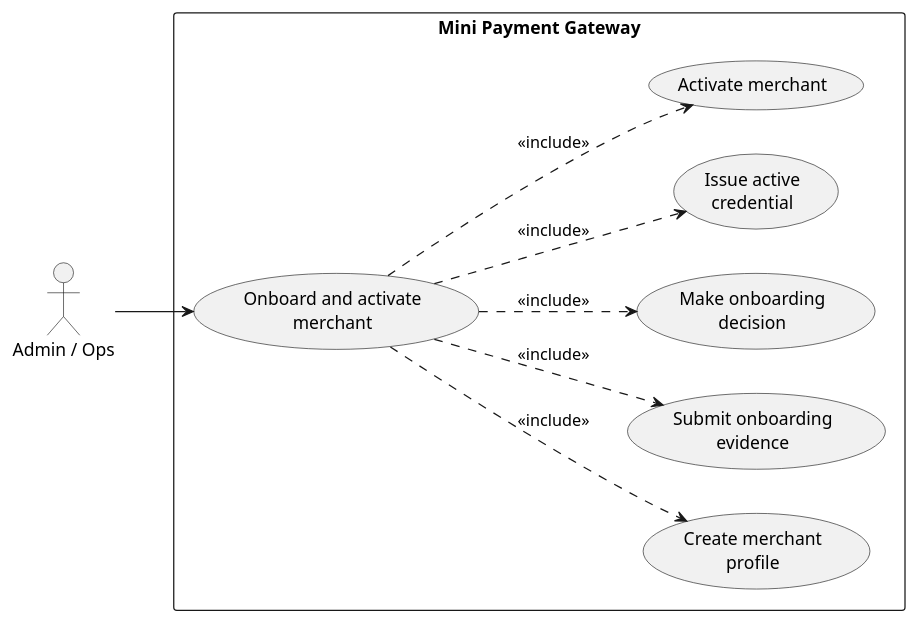
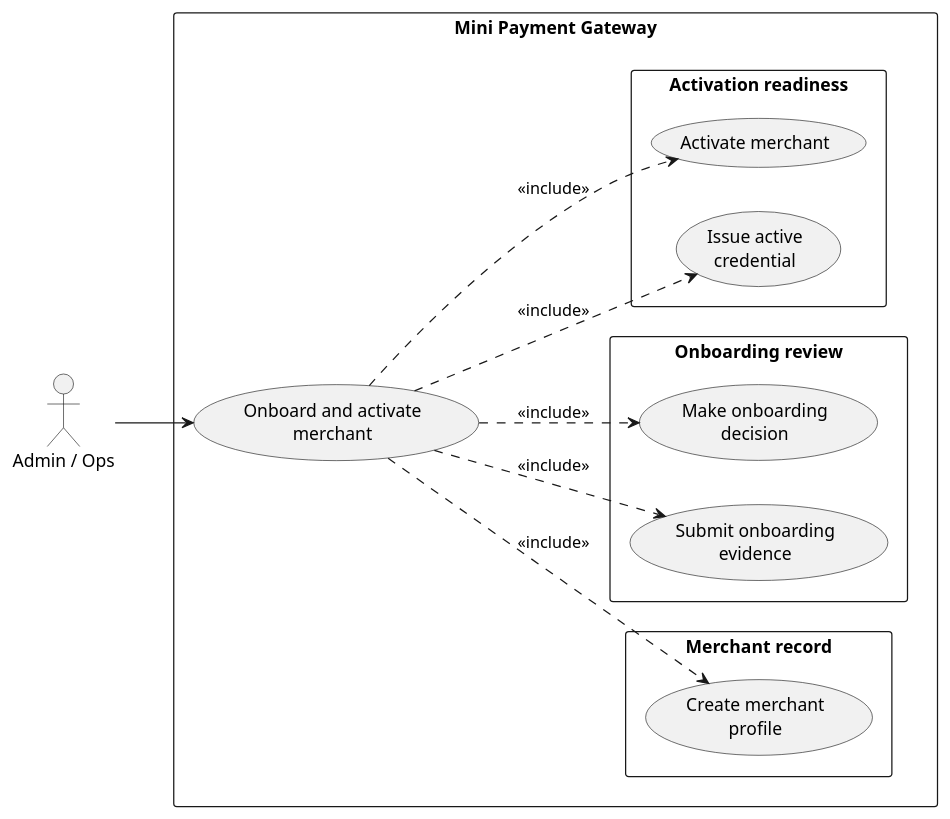
One commit to biabeogo147/mini-payment-gateway changed the second of 6 diagrams in docs/product/use-cases.md. Above: the diagram before and after it, drawn with PlantUML. The commit also changed other lines of this file, not shown here.

Commit message:
update usecase

````diff
--- a/docs/product/use-cases.md
+++ b/docs/product/use-cases.md
@@ -94,25 +102,34 @@
 ```plantuml
 @startuml uc001_onboard_and_activate_merchant
 left to right direction
 skinparam packageStyle rectangle
 
 actor "Admin / Ops" as Admin
 
 rectangle "Mini Payment Gateway" {
   usecase "Onboard and activate\nmerchant" as UC001
-  usecase "Create merchant\nprofile" as UC_CreateMerchant
-  usecase "Submit onboarding\nevidence" as UC_SubmitEvidence
-  usecase "Make onboarding\ndecision" as UC_DecideOnboarding
-  usecase "Issue active\ncredential" as UC_IssueCredential
-  usecase "Activate merchant" as UC_ActivateMerchant
+
+  package "Merchant record" {
+    usecase "Create merchant\nprofile" as UC_CreateMerchant
+  }
+
+  package "Onboarding review" {
+    usecase "Submit onboarding\nevidence" as UC_SubmitEvidence
+    usecase "Make onboarding\ndecision" as UC_DecideOnboarding
+  }
+
+  package "Activation readiness" {
+    usecase "Issue active\ncredential" as UC_IssueCredential
+    usecase "Activate merchant" as UC_ActivateMerchant
+  }
 }
 
 Admin --> UC001
 
 UC001 ..> UC_CreateMerchant : <<include>>
 UC001 ..> UC_SubmitEvidence : <<include>>
 UC001 ..> UC_DecideOnboarding : <<include>>
 UC001 ..> UC_IssueCredential : <<include>>
 UC001 ..> UC_ActivateMerchant : <<include>>
 @enduml
 ```
````
